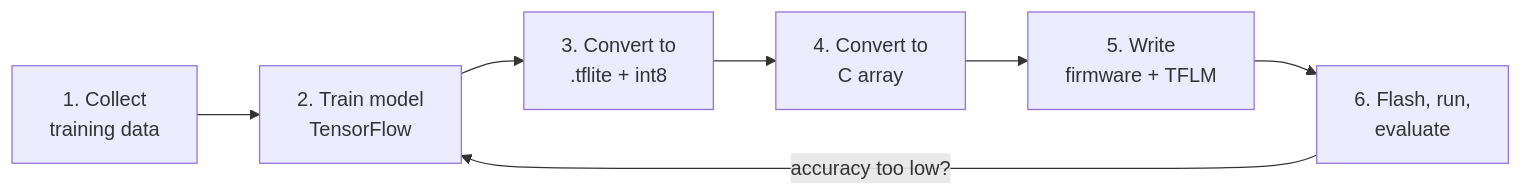
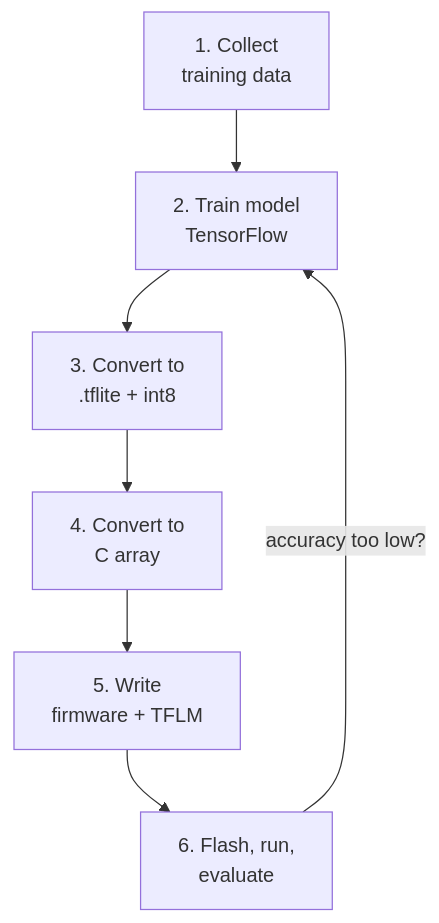
The diagram in tinyml-machine-learning-microcontrollers.mdx (SiliconWit/edge-ai-tinyml), drawn with Mermaid before and after one commit. The commit also changed 1 other file, not shown here.

Commit message:
Convert horizontal mermaid flowcharts to vertical for better mobile readability

````diff
--- a/tinyml-machine-learning-microcontrollers.mdx
+++ b/tinyml-machine-learning-microcontrollers.mdx
@@ -107,9 +107,9 @@
 ```mermaid
-flowchart LR
+flowchart TD
     A[1. Collect\ntraining data] --> B[2. Train model\nTensorFlow]
     B --> C[3. Convert to\n.tflite + int8]
     C --> D[4. Convert to\nC array]
     D --> E[5. Write\nfirmware + TFLM]
     E --> F[6. Flash, run,\nevaluate]
     F -->|accuracy too low?| B
 ```
````
